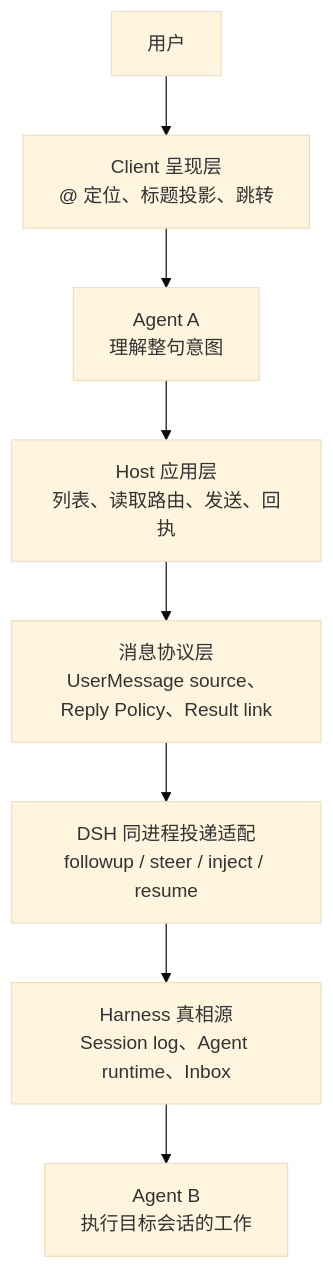
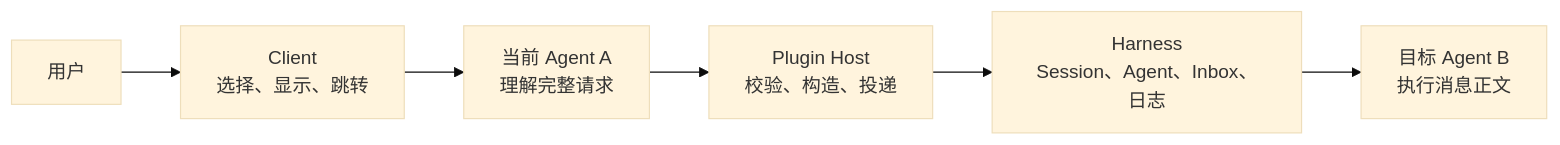
Before and after one commit to GengDaPeng/dsh-agent-message: the first of 2 diagrams in docs/architecture-v2.md, drawn with Mermaid (base theme). The commit also changed other lines of this file and 10 other files, not shown here.

````diff
--- a/docs/architecture-v2.md
+++ b/docs/architecture-v2.md
@@ -65,10 +86,8 @@
 ```mermaid
-flowchart TB
-  U["用户"] --> C["Client 呈现层<br/>@ 定位、标题投影、跳转"]
-  C --> A["Agent A<br/>理解整句意图"]
-  A --> API["Host 应用层<br/>列表、读取路由、发送、回执"]
-  API --> P["消息协议层<br/>UserMessage source、Reply Policy、Result link"]
-  P --> T["DSH 同进程投递适配<br/>followup / steer / inject / resume"]
-  T --> H["Harness 真相源<br/>Session log、Agent runtime、Inbox"]
-  H --> B["Agent B<br/>执行目标会话的工作"]
+flowchart LR
+  U["用户"] --> C["Client<br/>选择、显示、跳转"]
+  C --> A["当前 Agent A<br/>理解完整请求"]
+  A --> P["Plugin Host<br/>校验、构造、投递"]
+  P --> H["Harness<br/>Session、Agent、Inbox、日志"]
+  H --> B["目标 Agent B<br/>执行消息正文"]
 ```
````
